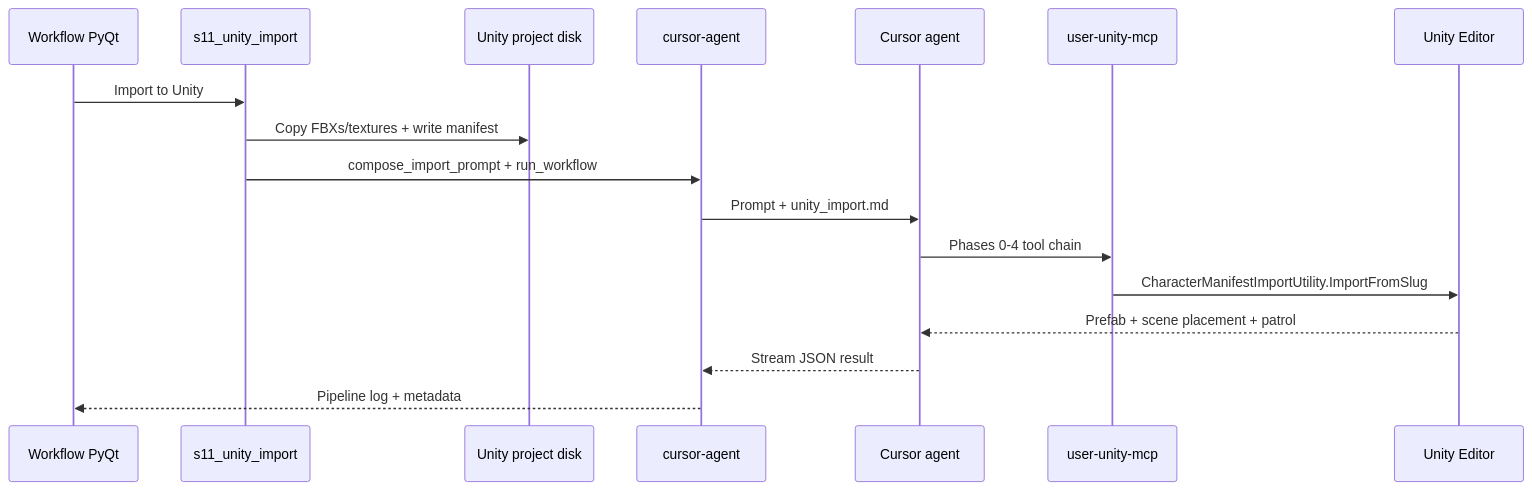
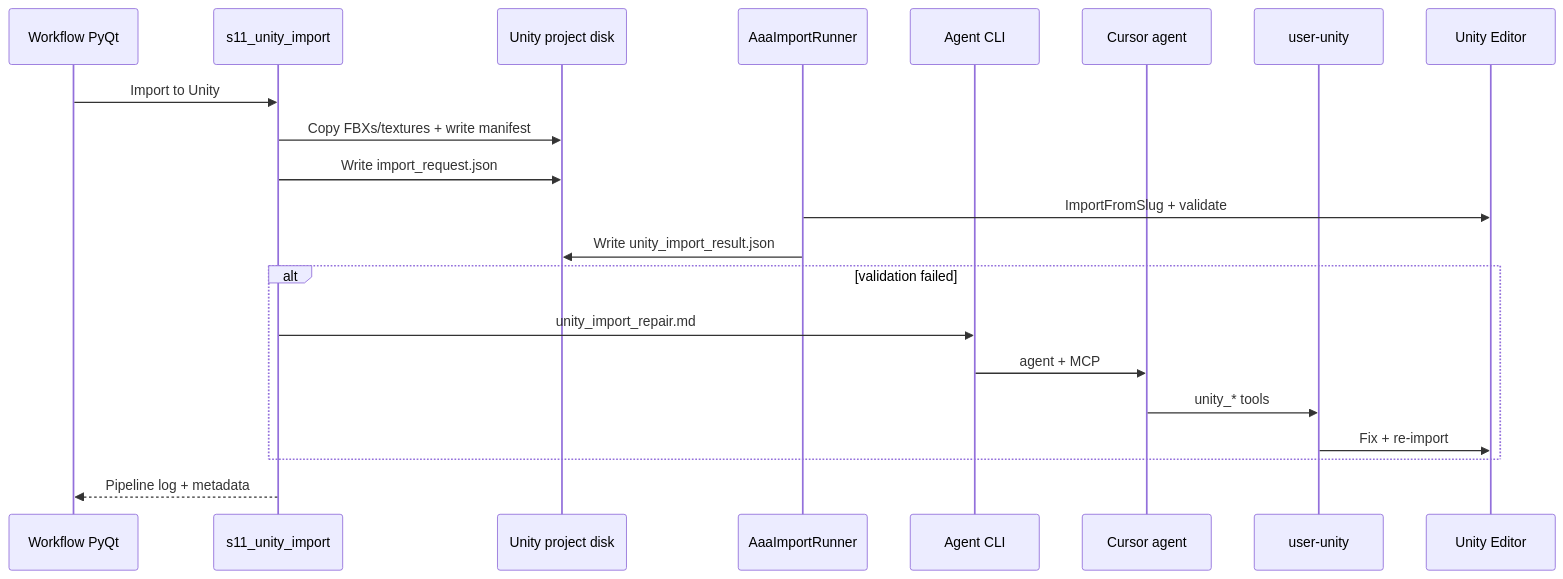
One commit to EazyTom/asset-assembly-automator changed the second of 2 diagrams in AAA-WORKFLOW.md. Above: the diagram before and after it, drawn with Mermaid. The commit also changed other lines of this file and 68 other files, not shown here.

Commit message:
v2.0.2 - characters, aircraft and vehicles - auto rigging aircraft and characters to work in Unity scene using scripts and MCP

````diff
--- a/AAA-WORKFLOW.md
+++ b/AAA-WORKFLOW.md
@@ -186,20 +194,24 @@
 ```mermaid
 sequenceDiagram
     participant UI as Workflow PyQt
     participant S11 as s11_unity_import
     participant FS as Unity project disk
-    participant CLI as cursor-agent
+    participant CS as AaaImportRunner
+    participant CLI as Agent CLI
     participant Agent as Cursor agent
-    participant MCP as user-unity-mcp
+    participant MCP as user-unity
     participant UE as Unity Editor
 
     UI->>S11: Import to Unity
     S11->>FS: Copy FBXs/textures + write manifest
-    S11->>CLI: compose_import_prompt + run_workflow
-    CLI->>Agent: Prompt + unity_import.md
-    Agent->>MCP: Phases 0-4 tool chain
-    MCP->>UE: CharacterManifestImportUtility.ImportFromSlug
-    UE-->>Agent: Prefab + scene placement + patrol
-    Agent-->>CLI: Stream JSON result
-    CLI-->>UI: Pipeline log + metadata
+    S11->>FS: Write import_request.json
+    CS->>UE: ImportFromSlug + validate
+    CS->>FS: Write unity_import_result.json
+    alt validation failed
+        S11->>CLI: unity_import_repair.md
+        CLI->>Agent: agent + MCP
+        Agent->>MCP: unity_* tools
+        MCP->>UE: Fix + re-import
+    end
+    S11-->>UI: Pipeline log + metadata
 ```
````
